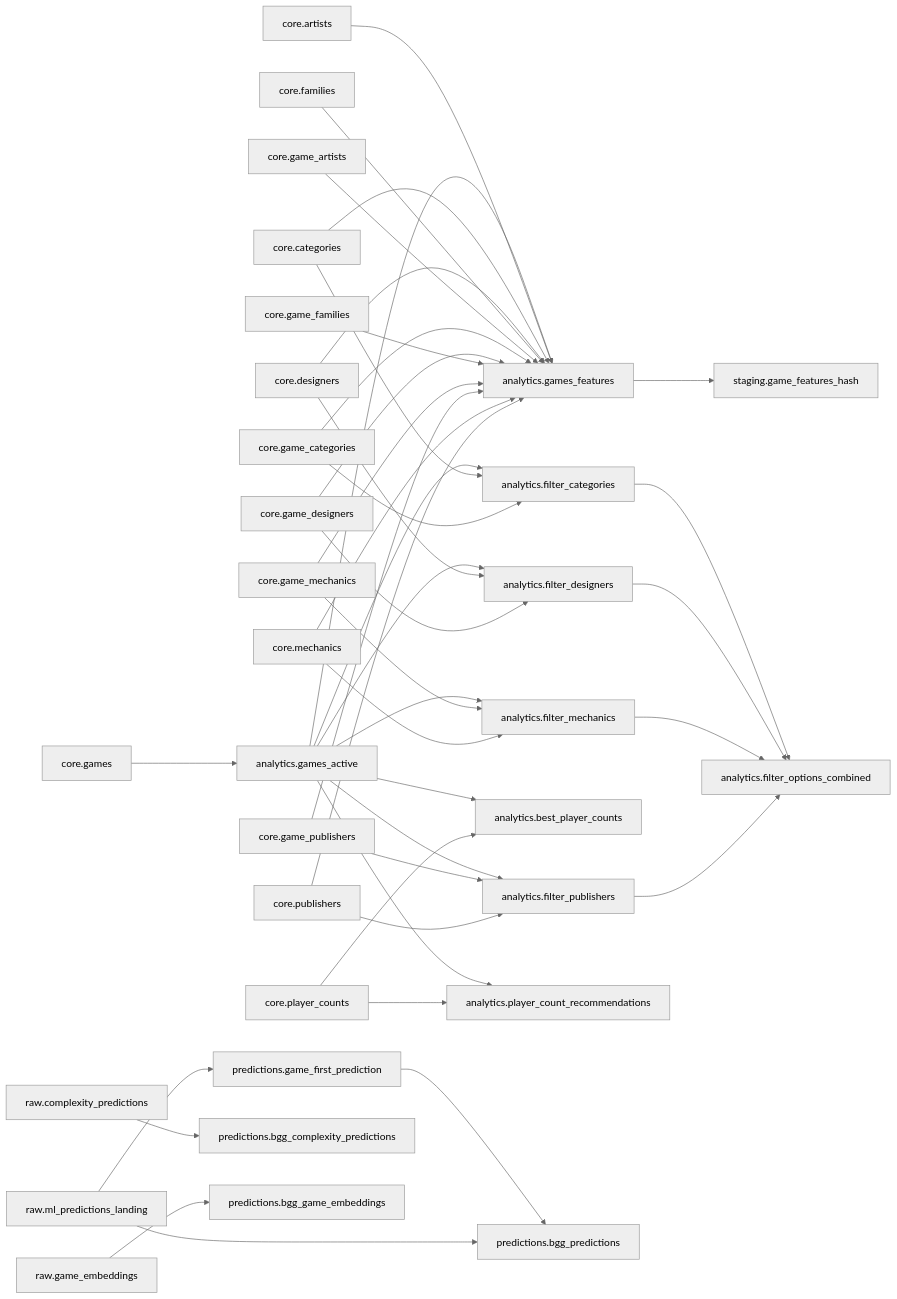
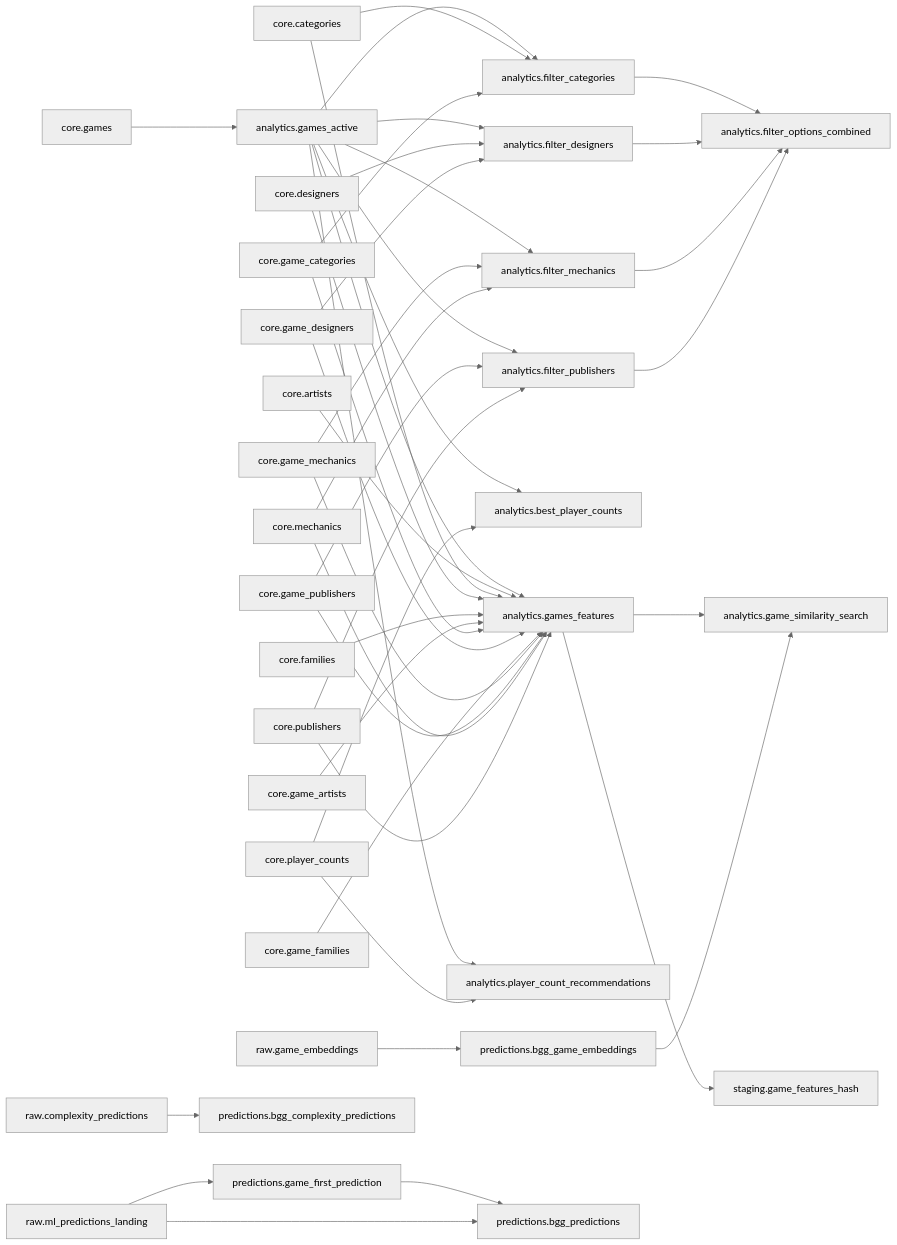
The diagram in docs/lineage.md (phenrickson/bgg-data-warehouse), drawn with Mermaid (neutral theme) before and after one commit. The commit also changed 1 other file, not shown here.

Commit message:
Update Dataform lineage diagram [skip ci]

````diff
--- a/docs/lineage.md
+++ b/docs/lineage.md
@@ -3,43 +3,45 @@
 ```mermaid
 graph LR
     analytics__filter_categories["analytics.filter_categories"] --> analytics__filter_options_combined["analytics.filter_options_combined"]
     analytics__filter_designers["analytics.filter_designers"] --> analytics__filter_options_combined["analytics.filter_options_combined"]
     analytics__filter_mechanics["analytics.filter_mechanics"] --> analytics__filter_options_combined["analytics.filter_options_combined"]
     analytics__filter_publishers["analytics.filter_publishers"] --> analytics__filter_options_combined["analytics.filter_options_combined"]
     analytics__games_active["analytics.games_active"] --> analytics__best_player_counts["analytics.best_player_counts"]
     analytics__games_active["analytics.games_active"] --> analytics__filter_categories["analytics.filter_categories"]
     analytics__games_active["analytics.games_active"] --> analytics__filter_designers["analytics.filter_designers"]
     analytics__games_active["analytics.games_active"] --> analytics__filter_mechanics["analytics.filter_mechanics"]
     analytics__games_active["analytics.games_active"] --> analytics__filter_publishers["analytics.filter_publishers"]
     analytics__games_active["analytics.games_active"] --> analytics__games_features["analytics.games_features"]
     analytics__games_active["analytics.games_active"] --> analytics__player_count_recommendations["analytics.player_count_recommendations"]
+    analytics__games_features["analytics.games_features"] --> analytics__game_similarity_search["analytics.game_similarity_search"]
     analytics__games_features["analytics.games_features"] --> staging__game_features_hash["staging.game_features_hash"]
     core__artists["core.artists"] --> analytics__games_features["analytics.games_features"]
     core__categories["core.categories"] --> analytics__filter_categories["analytics.filter_categories"]
     core__categories["core.categories"] --> analytics__games_features["analytics.games_features"]
     core__designers["core.designers"] --> analytics__filter_designers["analytics.filter_designers"]
     core__designers["core.designers"] --> analytics__games_features["analytics.games_features"]
     core__families["core.families"] --> analytics__games_features["analytics.games_features"]
     core__game_artists["core.game_artists"] --> analytics__games_features["analytics.games_features"]
     core__game_categories["core.game_categories"] --> analytics__filter_categories["analytics.filter_categories"]
     core__game_categories["core.game_categories"] --> analytics__games_features["analytics.games_features"]
     core__game_designers["core.game_designers"] --> analytics__filter_designers["analytics.filter_designers"]
     core__game_designers["core.game_designers"] --> analytics__games_features["analytics.games_features"]
     core__game_families["core.game_families"] --> analytics__games_features["analytics.games_features"]
     core__game_mechanics["core.game_mechanics"] --> analytics__filter_mechanics["analytics.filter_mechanics"]
     core__game_mechanics["core.game_mechanics"] --> analytics__games_features["analytics.games_features"]
     core__game_publishers["core.game_publishers"] --> analytics__filter_publishers["analytics.filter_publishers"]
     core__game_publishers["core.game_publishers"] --> analytics__games_features["analytics.games_features"]
     core__games["core.games"] --> analytics__games_active["analytics.games_active"]
     core__mechanics["core.mechanics"] --> analytics__filter_mechanics["analytics.filter_mechanics"]
     core__mechanics["core.mechanics"] --> analytics__games_features["analytics.games_features"]
     core__player_counts["core.player_counts"] --> analytics__best_player_counts["analytics.best_player_counts"]
     core__player_counts["core.player_counts"] --> analytics__player_count_recommendations["analytics.player_count_recommendations"]
     core__publishers["core.publishers"] --> analytics__filter_publishers["analytics.filter_publishers"]
     core__publishers["core.publishers"] --> analytics__games_features["analytics.games_features"]
+    predictions__bgg_game_embeddings["predictions.bgg_game_embeddings"] --> analytics__game_similarity_search["analytics.game_similarity_search"]
     predictions__game_first_prediction["predictions.game_first_prediction"] --> predictions__bgg_predictions["predictions.bgg_predictions"]
     raw__complexity_predictions["raw.complexity_predictions"] --> predictions__bgg_complexity_predictions["predictions.bgg_complexity_predictions"]
     raw__game_embeddings["raw.game_embeddings"] --> predictions__bgg_game_embeddings["predictions.bgg_game_embeddings"]
     raw__ml_predictions_landing["raw.ml_predictions_landing"] --> predictions__bgg_predictions["predictions.bgg_predictions"]
     raw__ml_predictions_landing["raw.ml_predictions_landing"] --> predictions__game_first_prediction["predictions.game_first_prediction"]
 ```
````
